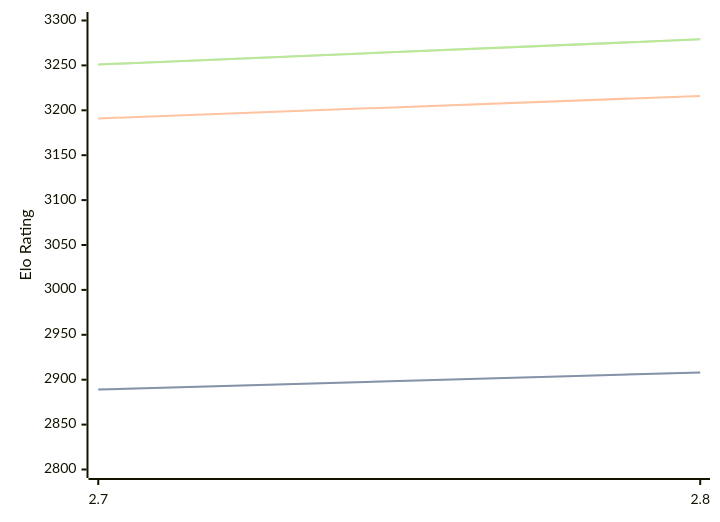
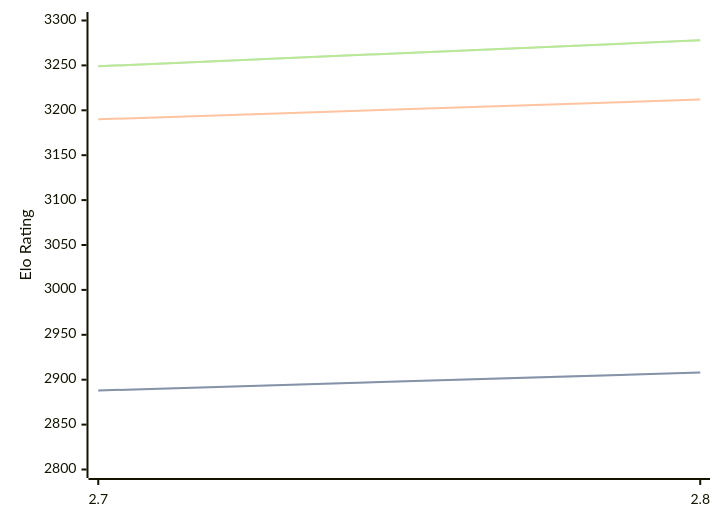
One commit to computer-chess-index/cci changed the diagram in engines/Arcanum.md. Above: the diagram before and after it, drawn with Mermaid. The commit also changed other lines of this file, not shown here.

Commit message:
Update CCI Ratings (ELO VLTC) - 2026-08-04

````diff
--- a/engines/Arcanum.md
+++ b/engines/Arcanum.md
@@ -44,11 +44,11 @@
 ```mermaid
 %%{init: {"theme":"base","themeVariables":{"seriesColors:['#a3a3a3','#222221','#faa371']}}}%%
 xychart-beta
   x-axis ["2.7", "2.8"]
   y-axis "Elo Rating" 2800 --> 3300
-  line "STC (8.0+0.08s)" [2889, 2908]
-  line "STC (8.0+0.08s)" [2889, 2908]
-  line "LTC (60.0+0.60s)" [3191, 3216]
-  line "VLTC (2m24s+1.12s)" [3251, 3279]
-  line "VLTC (2m24s+1.12s)" [3251, 3279]
+  line "STC (8.0+0.08s)" [2888, 2908]
+  line "STC (8.0+0.08s)" [2888, 2908]
+  line "LTC (60.0+0.60s)" [3190, 3212]
+  line "VLTC (2m24s+1.12s)" [3249, 3278]
+  line "VLTC (2m24s+1.12s)" [3249, 3278]
 ```
````
